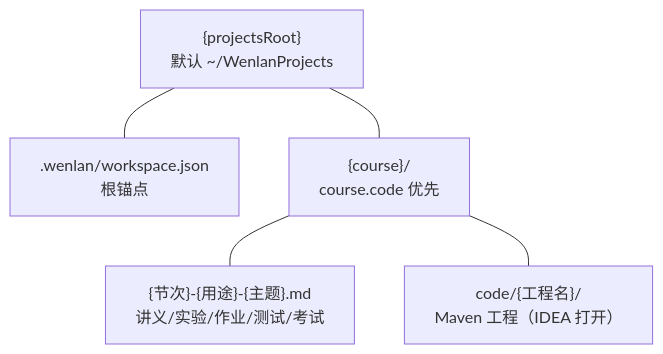
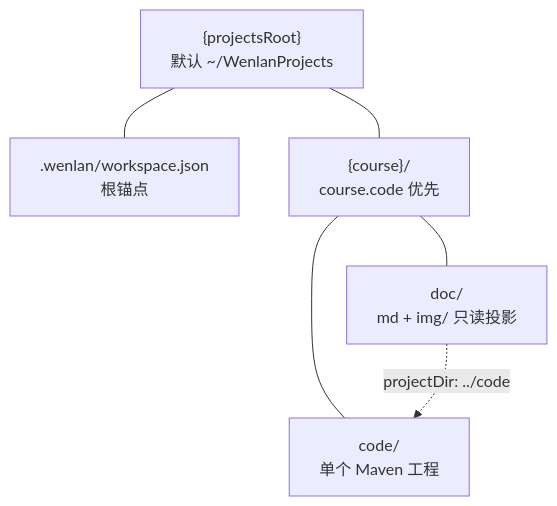
Before and after one commit to wenlanstudio/wenlan: the first of 2 diagrams in docs/design/course-workspace-design.md, drawn with Mermaid. The commit also changed other lines of this file and 1 other file, not shown here.

First line of the commit message:
docs(edu-client): D12 修订——md 全落 doc/、code/ 本身即 Maven 工程

````diff
--- a/docs/design/course-workspace-design.md
+++ b/docs/design/course-workspace-design.md
@@ -49,12 +63,13 @@
 ```mermaid
 flowchart TD
   ROOT["{projectsRoot}<br/>默认 ~/WenlanProjects"]
   ANCHOR[".wenlan/workspace.json<br/>根锚点"]
   COURSE["{course}/<br/>course.code 优先"]
-  DOC["{节次}-{用途}-{主题}.md<br/>讲义/实验/作业/测试/考试"]
-  CODE["code/{工程名}/<br/>Maven 工程（IDEA 打开）"]
+  DOC["doc/<br/>md + img/ 只读投影"]
+  CODE["code/<br/>单个 Maven 工程"]
   ROOT --- ANCHOR
   ROOT --- COURSE
   COURSE --- DOC
   COURSE --- CODE
+  DOC -.->|"projectDir: ../code"| CODE
 ```
````
